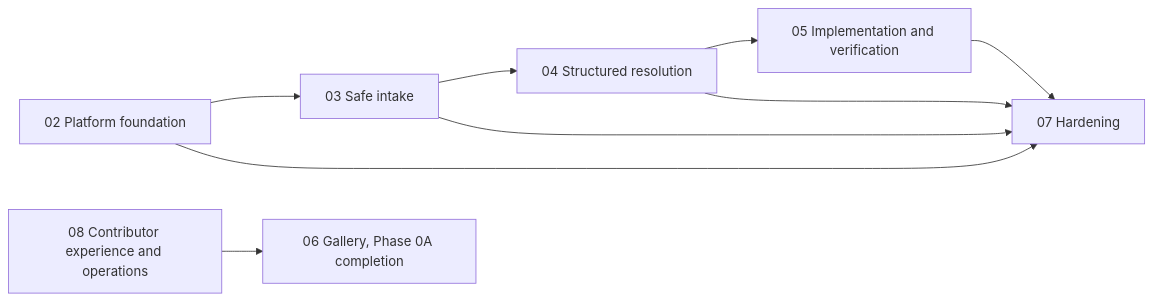
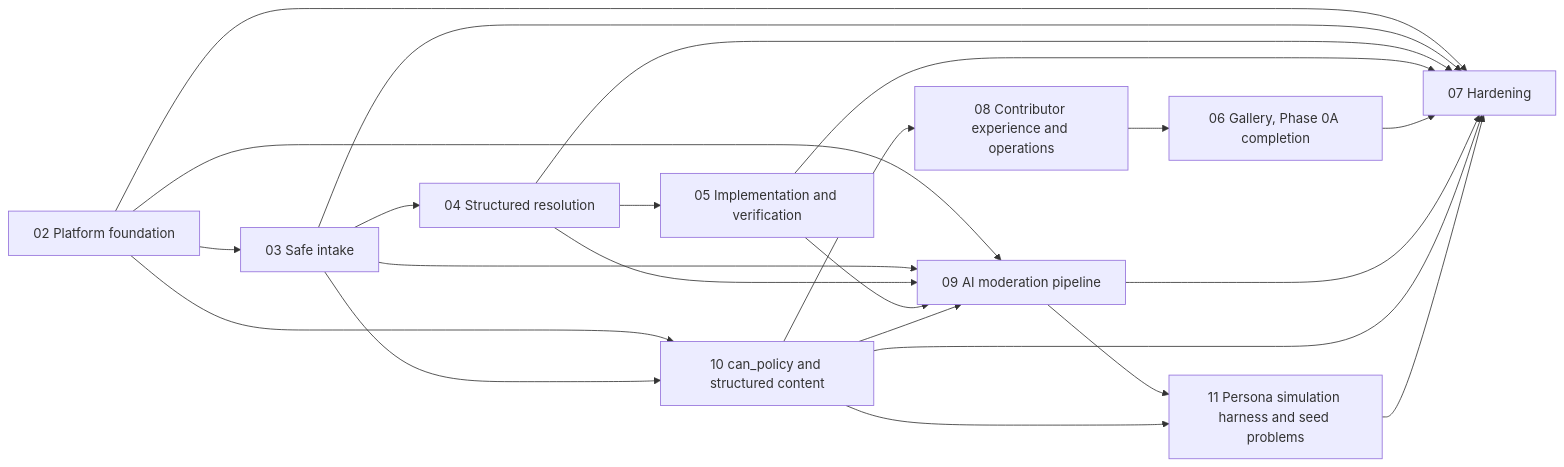
Before and after one commit to community-action-network-oss/community_action_network_oss: the diagram in plans/00-ROOT.md, drawn with Mermaid. The commit also changed other lines of this file, not shown here.

````diff
--- a/plans/00-ROOT.md
+++ b/plans/00-ROOT.md
@@ -43,18 +47,35 @@
 ```mermaid
 flowchart LR
   p02["02 Platform foundation"]
   p03["03 Safe intake"]
   p04["04 Structured resolution"]
   p05["05 Implementation and verification"]
   p06["06 Gallery, Phase 0A completion"]
   p07["07 Hardening"]
   p08["08 Contributor experience and operations"]
+  p09["09 AI moderation pipeline"]
+  p10["10 can_policy and structured content"]
+  p11["11 Persona simulation harness and seed problems"]
   p02 --> p03
   p03 --> p04
   p04 --> p05
   p08 --> p06
   p02 --> p07
   p03 --> p07
   p04 --> p07
   p05 --> p07
+  p06 --> p07
+  p09 --> p07
+  p10 --> p07
+  p11 --> p07
+  p10 --> p08
+  p02 --> p09
+  p03 --> p09
+  p04 --> p09
+  p05 --> p09
+  p10 --> p09
+  p02 --> p10
+  p03 --> p10
+  p09 --> p11
+  p10 --> p11
 ```
````
